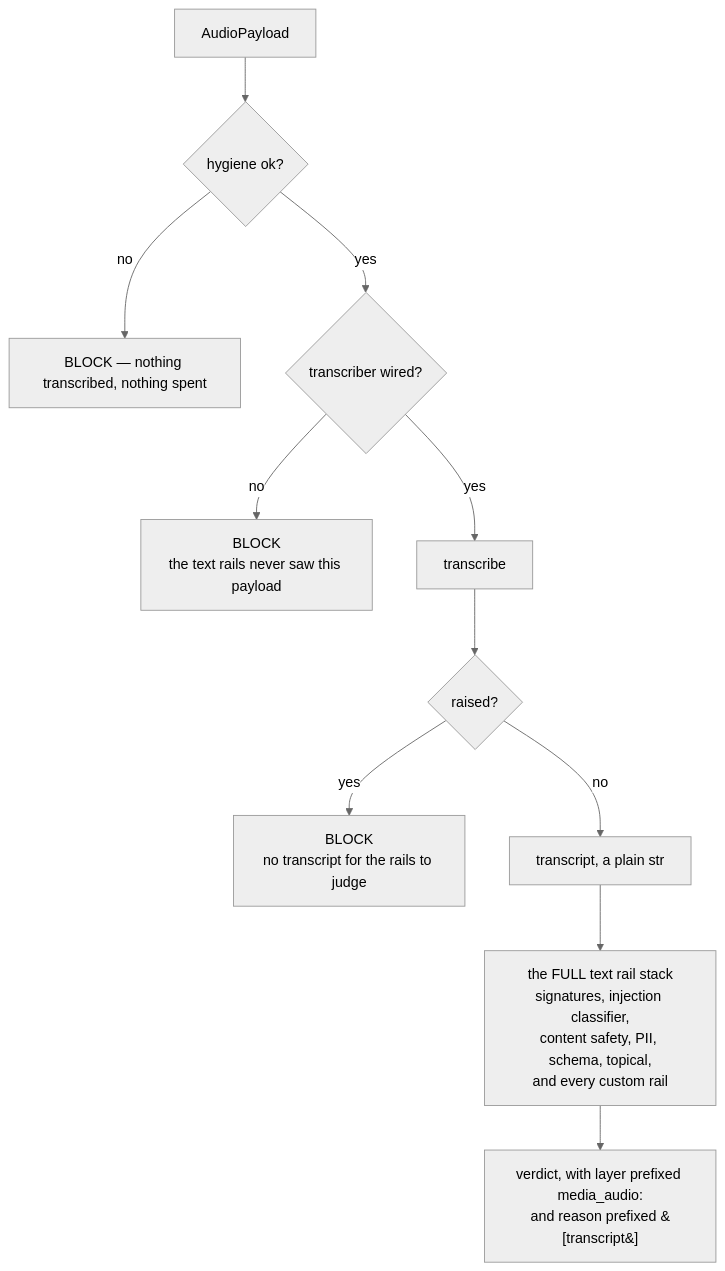
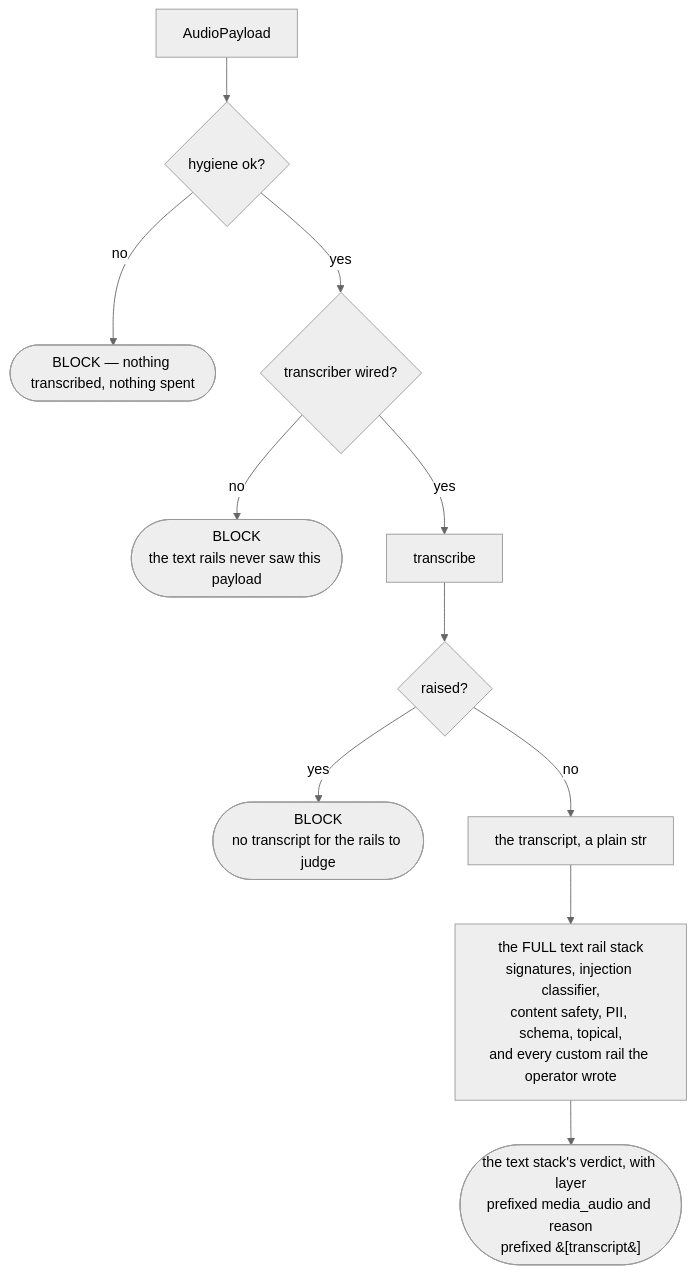
Before and after one commit to yrevash/aegis: the fourth of 5 diagrams in docs/teaching/media/40-diagrams.md, drawn with Mermaid (neutral theme). The commit also changed other lines of this file and 111 other files, not shown here.

````diff
--- a/docs/teaching/media/40-diagrams.md
+++ b/docs/teaching/media/40-diagrams.md
@@ -155,17 +129,17 @@
 ```mermaid
 flowchart TB
     A["AudioPayload"] --> HY{"hygiene ok?"}
-    HY -->|no| B1["BLOCK — nothing transcribed, nothing spent"]
+    HY -->|no| B1(["BLOCK — nothing transcribed, nothing spent"])
     HY -->|yes| TR{"transcriber wired?"}
 
-    TR -->|no| B2["BLOCK<br/>the text rails never saw this payload"]
+    TR -->|no| B2(["BLOCK<br/>the text rails never saw this payload"])
     TR -->|yes| CALL["transcribe"]
 
     CALL --> ERR{"raised?"}
-    ERR -->|yes| B3["BLOCK<br/>no transcript for the rails to judge"]
-    ERR -->|no| TEXT["transcript, a plain str"]
+    ERR -->|yes| B3(["BLOCK<br/>no transcript for the rails to judge"])
+    ERR -->|no| TEXT["the transcript, a plain str"]
 
-    TEXT --> STACK["the FULL text rail stack<br/>signatures, injection classifier,<br/>content safety, PII, schema, topical,<br/>and every custom rail"]
+    TEXT --> STACK["the FULL text rail stack<br/>signatures, injection classifier,<br/>content safety, PII, schema, topical,<br/>and every custom rail the operator wrote"]
 
-    STACK --> V["verdict, with layer prefixed media_audio:<br/>and reason prefixed &#91;transcript&#93;"]
+    STACK --> V(["the text stack's verdict, with layer<br/>prefixed media_audio and reason<br/>prefixed &#91;transcript&#93;"])
 ```
````
